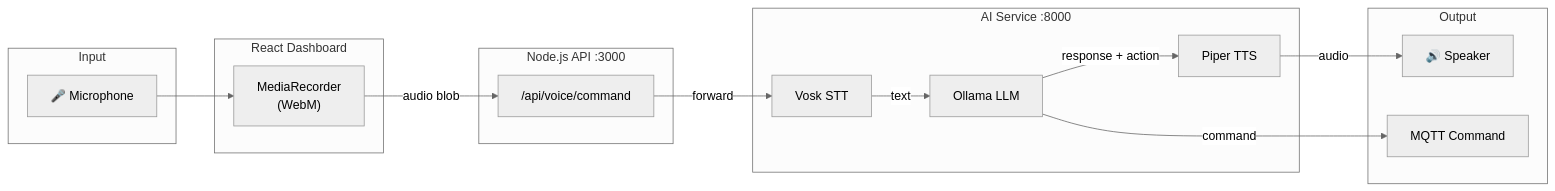
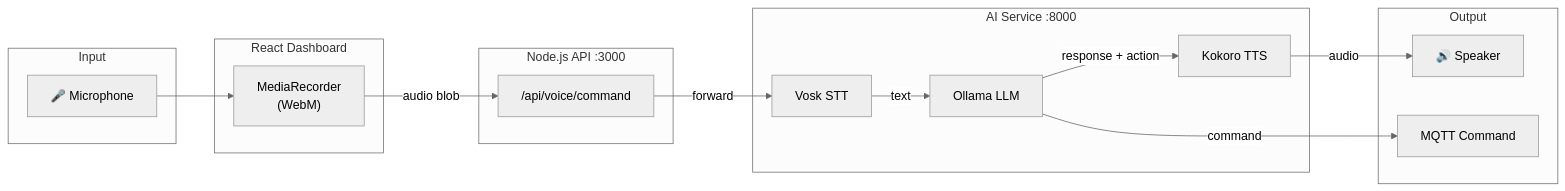
Before and after one commit to curtisblanchette/my-esp32-project: the fifth of 8 diagrams in README.md, drawn with Mermaid (neutral theme). The commit also changed other lines of this file and 1 other file, not shown here.

````diff
--- a/README.md
+++ b/README.md
@@ -194,33 +194,33 @@
 ```mermaid
 flowchart LR
     subgraph Input
         Mic["🎤 Microphone"]
     end
 
     subgraph WebApp["React Dashboard"]
         Record["MediaRecorder<br/>(WebM)"]
     end
 
     subgraph NodeAPI["Node.js API :3000"]
         Proxy1["/api/voice/command"]
     end
 
     subgraph PythonAI["AI Service :8000"]
         STT["Vosk STT"]
         LLM["Ollama LLM"]
-        TTS["Piper TTS"]
+        TTS["Kokoro TTS"]
     end
 
     subgraph Output
         Speaker["🔊 Speaker"]
         MQTT["MQTT Command"]
     end
 
     Mic --> Record
     Record -->|audio blob| Proxy1
     Proxy1 -->|forward| STT
     STT -->|text| LLM
     LLM -->|response + action| TTS
     LLM -->|command| MQTT
     TTS -->|audio| Speaker
 ```
````
